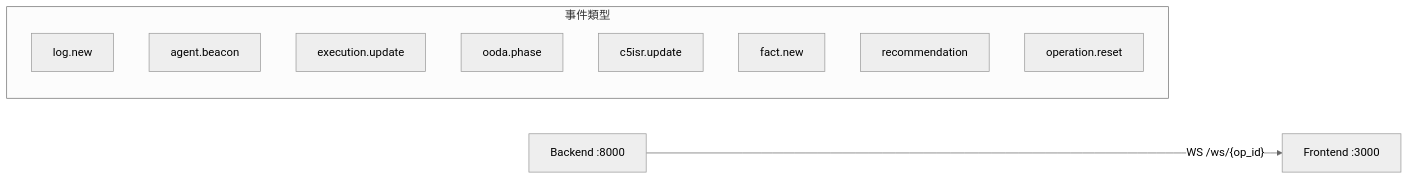
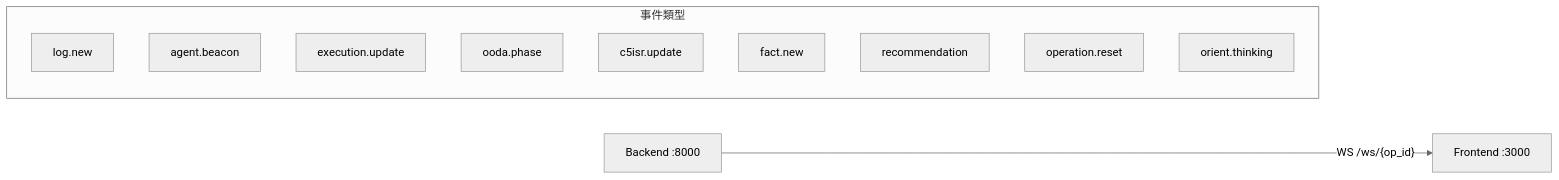
The fourth of 5 diagrams in docs/architecture.md (astroicers/Athena), drawn with Mermaid (neutral theme) before and after one commit. The commit also changed other lines of this file and 51 other files, not shown here.

First line of the commit message:
feat: Phase E-F — deep de-branding, tool registry, web terminal, attack situation diagram

````diff
--- a/docs/architecture.md
+++ b/docs/architecture.md
@@ -192,15 +193,16 @@
 ```mermaid
 graph LR
     BE["Backend :8000"] -->|"WS /ws/{op_id}"| FE["Frontend :3000"]
 
     subgraph Events["事件類型"]
         E1["log.new"]
         E2["agent.beacon"]
         E3["execution.update"]
         E4["ooda.phase"]
         E5["c5isr.update"]
         E6["fact.new"]
         E7["recommendation"]
         E8["operation.reset"]
+        E9["orient.thinking"]
     end
 ```
````
